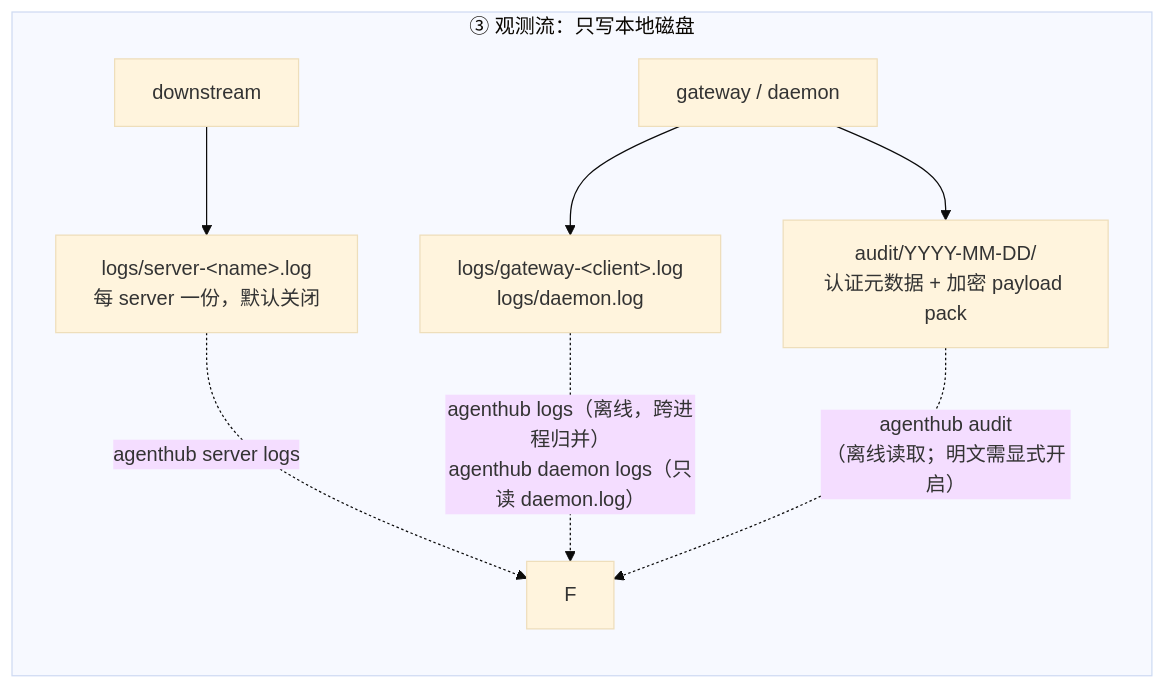
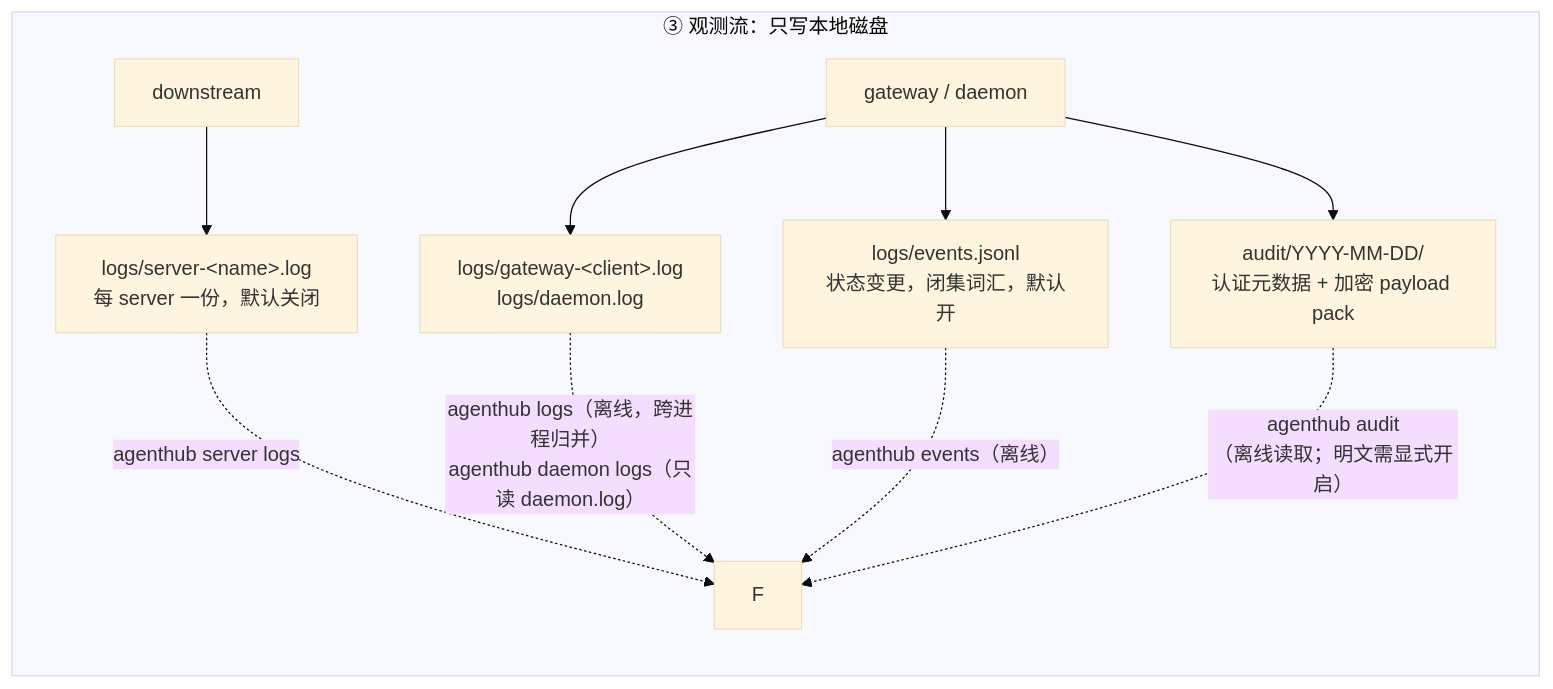
The sixth of 8 diagrams in docs/zh-CN/architecture.md (dinstein/agent-hub), drawn with Mermaid (base theme) before and after one commit. The commit also changed other lines of this file and 8 other files, not shown here.

````diff
--- a/docs/zh-CN/architecture.md
+++ b/docs/zh-CN/architecture.md
@@ -270,11 +270,13 @@
 ```mermaid
 flowchart LR
     subgraph obs["③ 观测流：只写本地磁盘"]
         DSX["downstream"] --> A4["logs/server-&lt;name&gt;.log<br/>每 server 一份，默认关闭"]
         GW["gateway / daemon"] --> A5["logs/gateway-&lt;client&gt;.log<br/>logs/daemon.log"]
+        GW --> A7["logs/events.jsonl<br/>状态变更，闭集词汇，默认开"]
         GW --> A6["audit/YYYY-MM-DD/<br/>认证元数据 + 加密 payload pack"]
         A4 -.->|"agenthub server logs"| F
         A5 -.->|"agenthub logs（离线，跨进程归并）<br/>agenthub daemon logs（只读 daemon.log）"| F
+        A7 -.->|"agenthub events（离线）"| F
         A6 -.->|"agenthub audit<br/>（离线读取；明文需显式开启）"| F
     end
 ```
````
